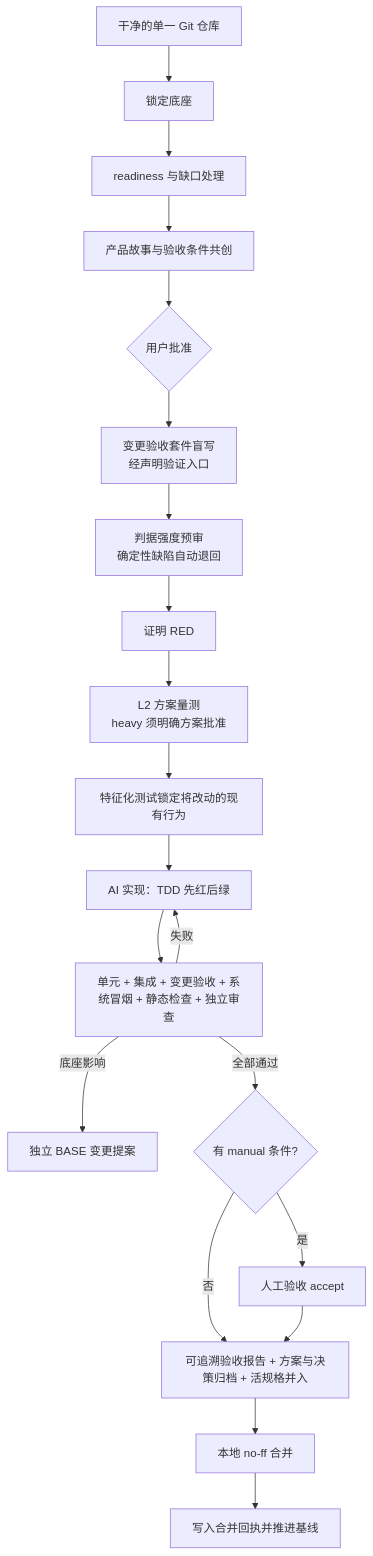
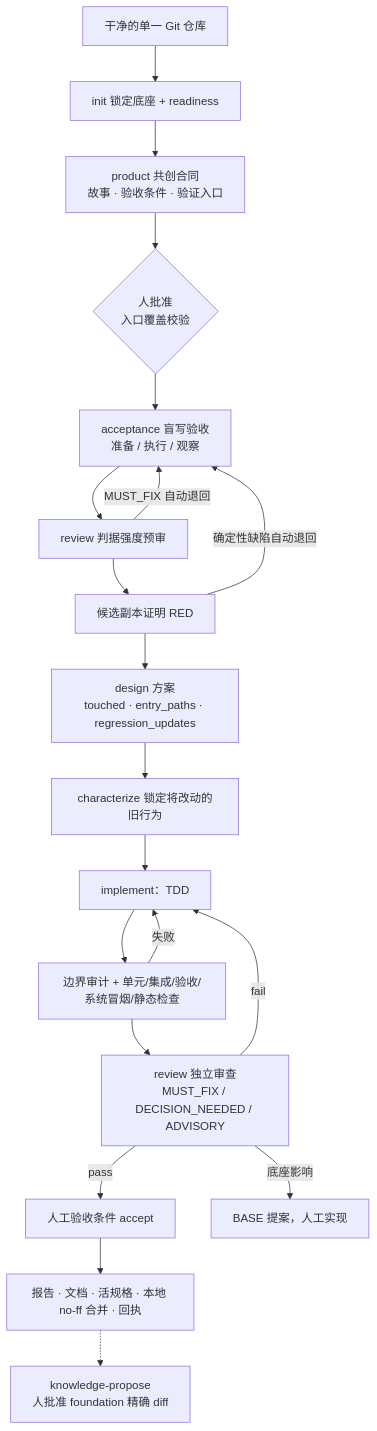
Before and after one commit to jinlin725168-ai/storyloop: the diagram in README.md, drawn with Mermaid. The commit also changed other lines of this file and 4 other files, not shown here.

````diff
--- a/README.md
+++ b/README.md
@@ -75,22 +18,22 @@
 ```mermaid
 flowchart TD
-    A[干净的单一 Git 仓库] --> B[锁定底座]
-    B --> R[readiness 与缺口处理]
-    R --> C[产品故事与验收条件共创]
-    C --> D{用户批准}
-    D --> E[变更验收套件盲写<br/>经声明验证入口]
-    E --> EP[判据强度预审<br/>确定性缺陷自动退回]
-    EP --> ER[证明 RED]
-    ER --> E1[L2 方案量测<br/>heavy 须明确方案批准]
-    E1 --> E2[特征化测试锁定将改动的现有行为]
-    E2 --> F[AI 实现：TDD 先红后绿]
-    F --> G[单元 + 集成 + 变更验收 + 系统冒烟 + 静态检查 + 独立审查]
-    G -->|失败| F
-    G -->|底座影响| H[独立 BASE 变更提案]
-    G -->|全部通过| H2{有 manual 条件?}
-    H2 -->|是| M[人工验收 accept]
-    H2 -->|否| I
-    M --> I[可追溯验收报告 + 方案与决策归档 + 活规格并入]
-    I --> J[本地 no-ff 合并]
-    J --> K[写入合并回执并推进基线]
+    A[干净的单一 Git 仓库] --> B[init 锁定底座 + readiness]
+    B --> C[product 共创合同<br/>故事 · 验收条件 · 验证入口]
+    C --> D{人批准<br/>入口覆盖校验}
+    D --> E[acceptance 盲写验收<br/>准备 / 执行 / 观察]
+    E --> P[review 判据强度预审]
+    P -->|MUST_FIX 自动退回| E
+    P --> R[候选副本证明 RED]
+    R -->|确定性缺陷自动退回| E
+    R --> DS[design 方案<br/>touched · entry_paths · regression_updates]
+    DS --> K[characterize 锁定将改动的旧行为]
+    K --> I[implement：TDD]
+    I --> V[边界审计 + 单元/集成/验收/系统冒烟/静态检查]
+    V -->|失败| I
+    V --> W[review 独立审查<br/>MUST_FIX / DECISION_NEEDED / ADVISORY]
+    W -->|fail| I
+    W -->|pass| M[人工验收条件 accept]
+    M --> F[报告 · 文档 · 活规格 · 本地 no-ff 合并 · 回执]
+    F -.-> KP[knowledge-propose<br/>人批准 foundation 精确 diff]
+    W -->|底座影响| H[BASE 提案，人工实现]
 ```
````
